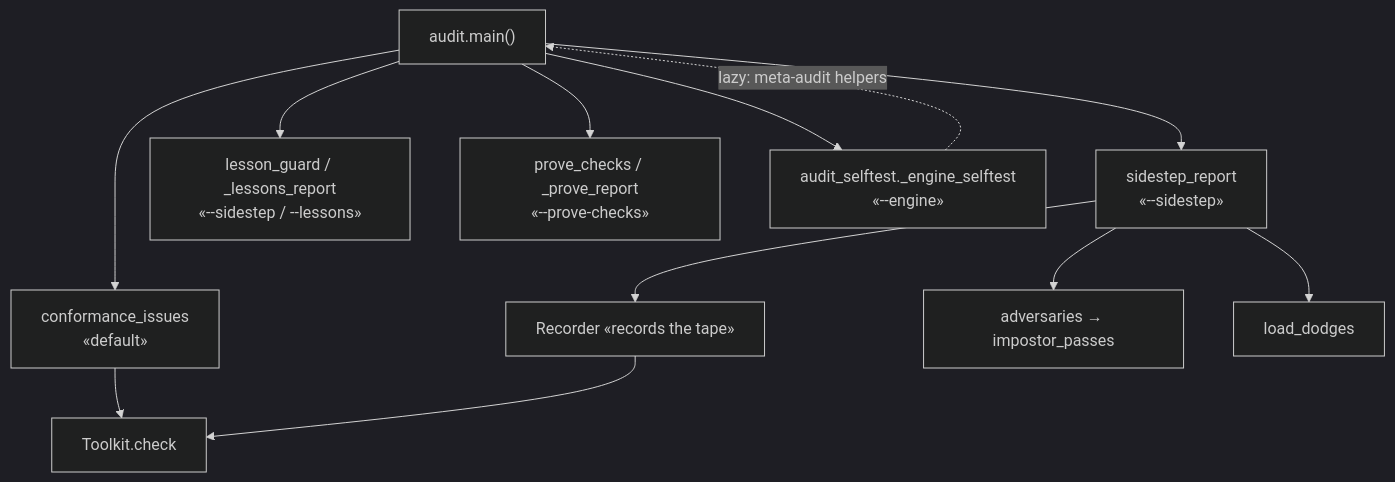
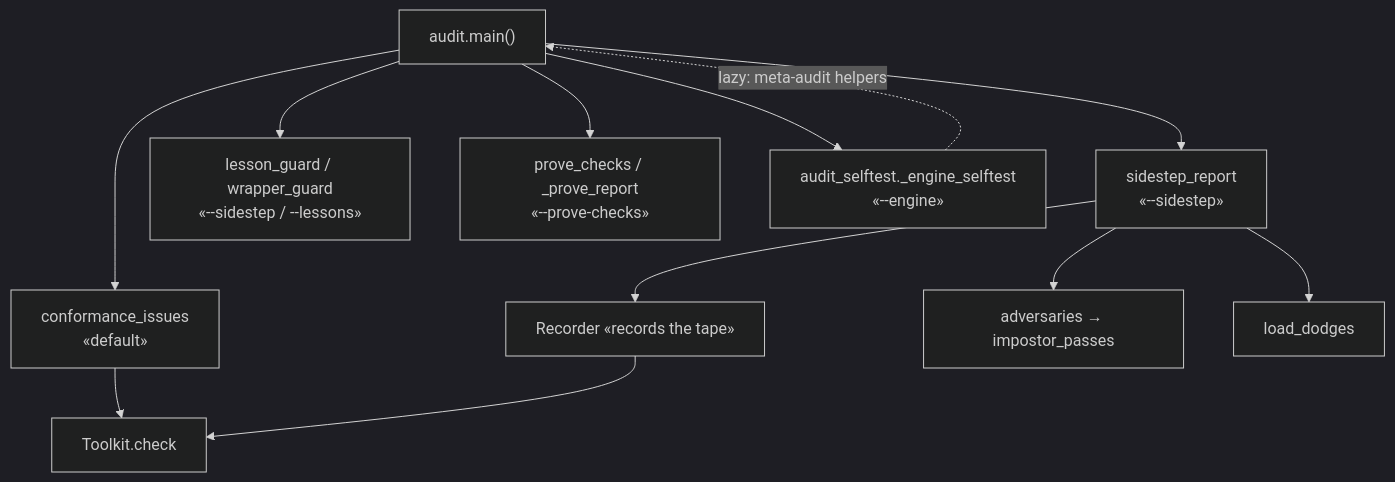
The first of 7 diagrams in docs/architecture/audit.md (N041M/PyQuest), drawn with Mermaid (dark theme) before and after one commit. The commit also changed other lines of this file and 22 other files, not shown here.

First line of the commit message:
Generalize HOF/object anti-sidestep: toolkit checks, object-tape liveness, wrapper-guard

````diff
--- a/docs/architecture/audit.md
+++ b/docs/architecture/audit.md
@@ -38,14 +38,14 @@
 ```mermaid
 flowchart TB
     main["audit.main()"] --> conf["conformance_issues<br/>«default»"]
     main --> side["sidestep_report<br/>«--sidestep»"]
-    main --> les["lesson_guard / _lessons_report<br/>«--sidestep / --lessons»"]
+    main --> les["lesson_guard / wrapper_guard<br/>«--sidestep / --lessons»"]
     main --> prove["prove_checks / _prove_report<br/>«--prove-checks»"]
     main --> eng["audit_selftest._engine_selftest<br/>«--engine»"]
     conf --> tk["Toolkit.check"]
     side --> rec["Recorder «records the tape»"]
     side --> adv["adversaries → impostor_passes"]
     side --> dod["load_dodges"]
     rec --> tk
     eng -. "lazy: meta-audit helpers" .-> main
 ```
````
